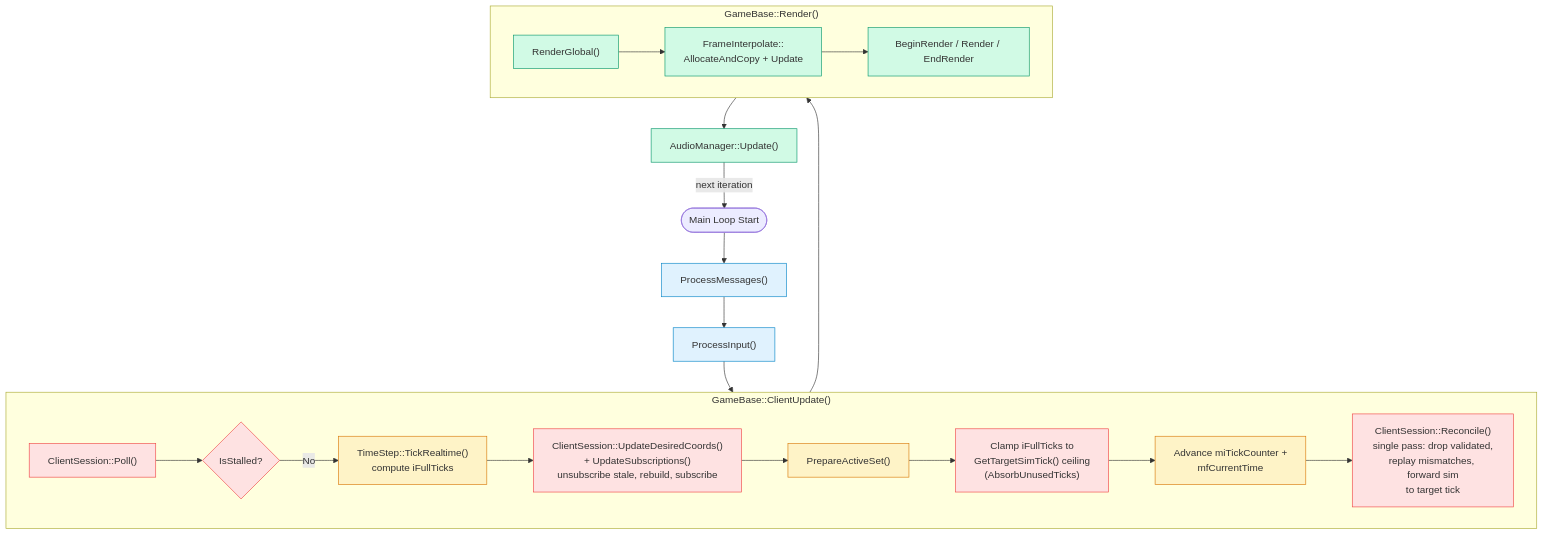
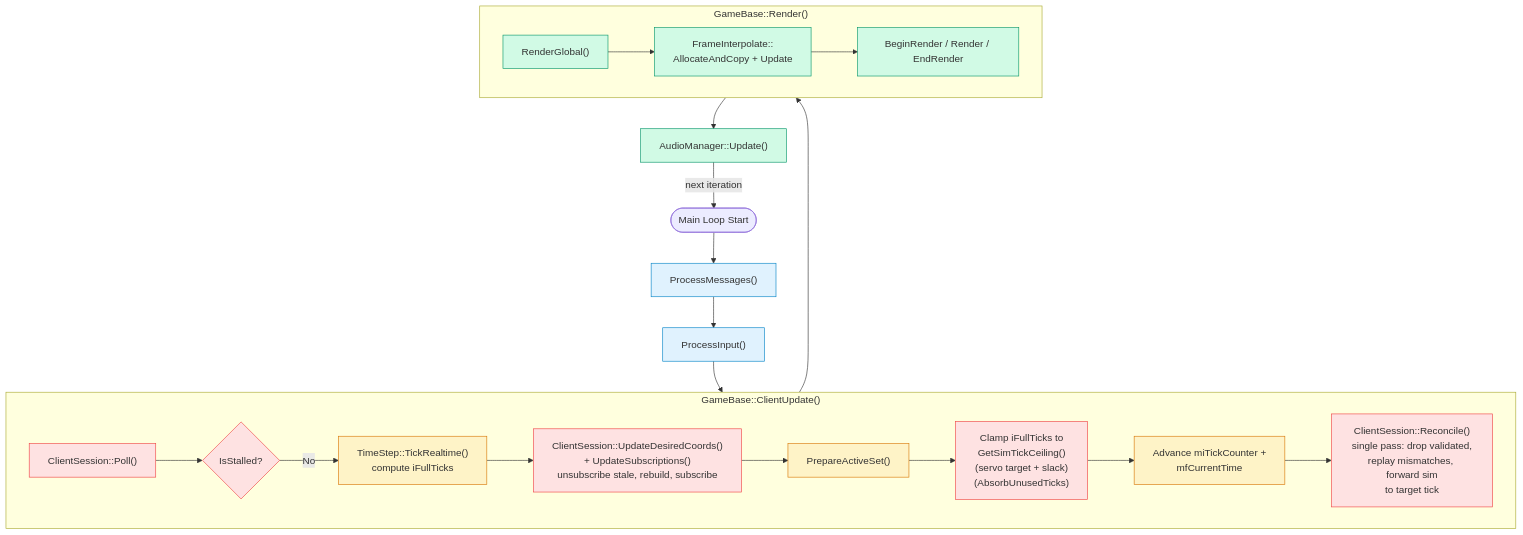
The second of 5 diagrams in Documents/Architecture/FrameUpdatePipeline.md (DougTanner/BrokenEnginePublic), drawn with Mermaid before and after one commit. The commit also changed 121 other files, not shown here.

````diff
--- a/Documents/Architecture/FrameUpdatePipeline.md
+++ b/Documents/Architecture/FrameUpdatePipeline.md
@@ -54,43 +54,43 @@
 ```mermaid
 %%{init: {'theme': 'default'}}%%
 flowchart TD
     classDef input fill:#e0f2fe,stroke:#0284c7
     classDef physics fill:#fef3c7,stroke:#d97706
     classDef network fill:#fee2e2,stroke:#ef4444
     classDef render fill:#d1fae5,stroke:#059669
 
     start(["Main Loop Start"])
 
     msgs["ProcessMessages()"]:::input
 
     preupdate["ProcessInput()"]:::input
 
     subgraph tick_frames ["GameBase::ClientUpdate()"]
         poll["ClientSession::Poll()"]:::network
         stall_check{"IsStalled?"}:::network
         poll --> stall_check
 
         ts["TimeStep::TickRealtime()<br/>compute iFullTicks"]:::physics
         subs["ClientSession::UpdateDesiredCoords()<br/>+ UpdateSubscriptions()<br/>unsubscribe stale, rebuild, subscribe"]:::network
         prepare_active["PrepareActiveSet()"]:::physics
-        clamp["Clamp iFullTicks to<br/>GetTargetSimTick() ceiling<br/>(AbsorbUnusedTicks)"]:::network
+        clamp["Clamp iFullTicks to<br/>GetSimTickCeiling()<br/>(servo target + slack)<br/>(AbsorbUnusedTicks)"]:::network
         advance["Advance miTickCounter +<br/>mfCurrentTime"]:::physics
         reconcile["ClientSession::Reconcile()<br/>single pass: drop validated,<br/>replay mismatches, forward sim<br/>to target tick"]:::network
 
         stall_check -->|No| ts --> subs --> prepare_active --> clamp --> advance --> reconcile
     end
 
     subgraph render_method ["GameBase::Render()"]
         r_global["RenderGlobal()"]:::render
         r_interp["FrameInterpolate::<br/>AllocateAndCopy + Update"]:::render
         r_render["BeginRender / Render / EndRender"]:::render
 
         r_global --> r_interp --> r_render
     end
 
     audio["AudioManager::Update()"]:::render
 
     start --> msgs --> preupdate --> tick_frames
     tick_frames --> render_method --> audio
     audio -->|next iteration| start
 ```
````
